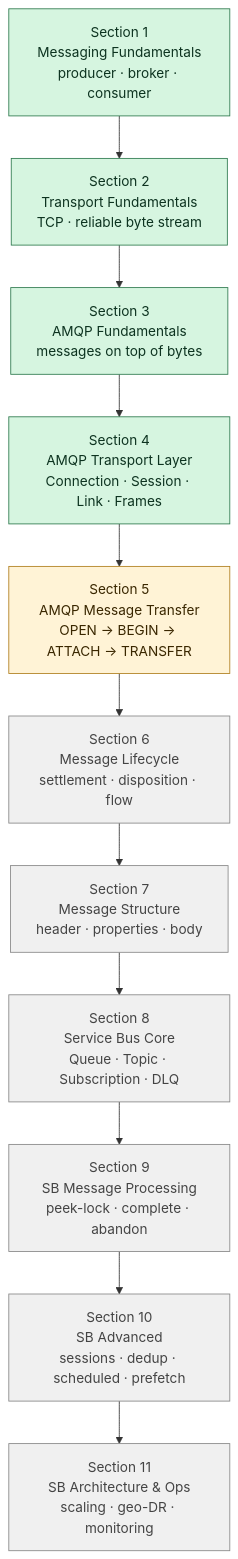
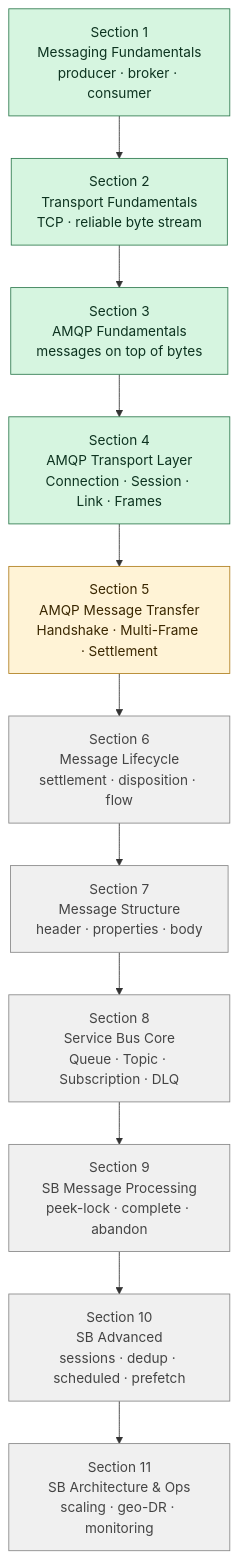
One commit to sidanacode/Azure-Service-Bus changed the diagram in Index.md. Above: the diagram before and after it, drawn with Mermaid. The commit also changed other lines of this file and 4 other files, not shown here.

First line of the commit message:
Section 5: Handshake, Multi-Frame, Settlement Modes (3 of 4)

````diff
--- a/Index.md
+++ b/Index.md
@@ -19,20 +19,20 @@
 ```mermaid
 flowchart TB
     S1[Section 1<br/>Messaging Fundamentals<br/>producer · broker · consumer]:::done
     S2[Section 2<br/>Transport Fundamentals<br/>TCP · reliable byte stream]:::done
     S3[Section 3<br/>AMQP Fundamentals<br/>messages on top of bytes]:::done
     S4[Section 4<br/>AMQP Transport Layer<br/>Connection · Session · Link · Frames]:::done
-    S5[Section 5<br/>AMQP Message Transfer<br/>OPEN → BEGIN → ATTACH → TRANSFER]:::next
+    S5[Section 5<br/>AMQP Message Transfer<br/>Handshake · Multi-Frame · Settlement]:::next
     S6[Section 6<br/>Message Lifecycle<br/>settlement · disposition · flow]:::todo
     S7[Section 7<br/>Message Structure<br/>header · properties · body]:::todo
     S8[Section 8<br/>Service Bus Core<br/>Queue · Topic · Subscription · DLQ]:::todo
     S9[Section 9<br/>SB Message Processing<br/>peek-lock · complete · abandon]:::todo
     S10[Section 10<br/>SB Advanced<br/>sessions · dedup · scheduled · prefetch]:::todo
     S11[Section 11<br/>SB Architecture & Ops<br/>scaling · geo-DR · monitoring]:::todo
 
     S1 --> S2 --> S3 --> S4 --> S5 --> S6 --> S7 --> S8 --> S9 --> S10 --> S11
 
     classDef done fill:#d6f5e0,stroke:#2f7a4f,color:#0d3320
     classDef next fill:#fff3d6,stroke:#b07f1f,color:#3a2700
     classDef todo fill:#f0f0f0,stroke:#888,color:#444
 ```
````
